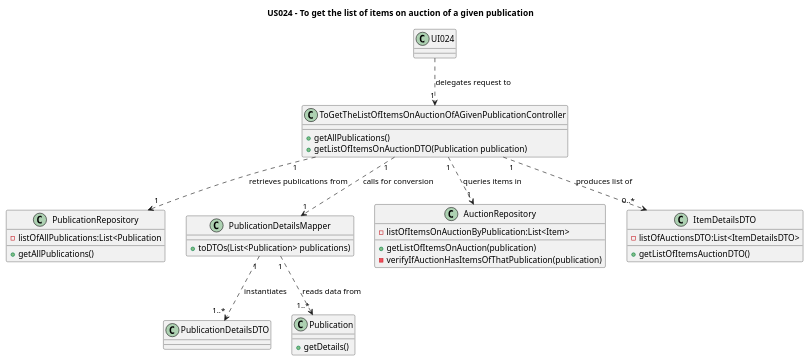
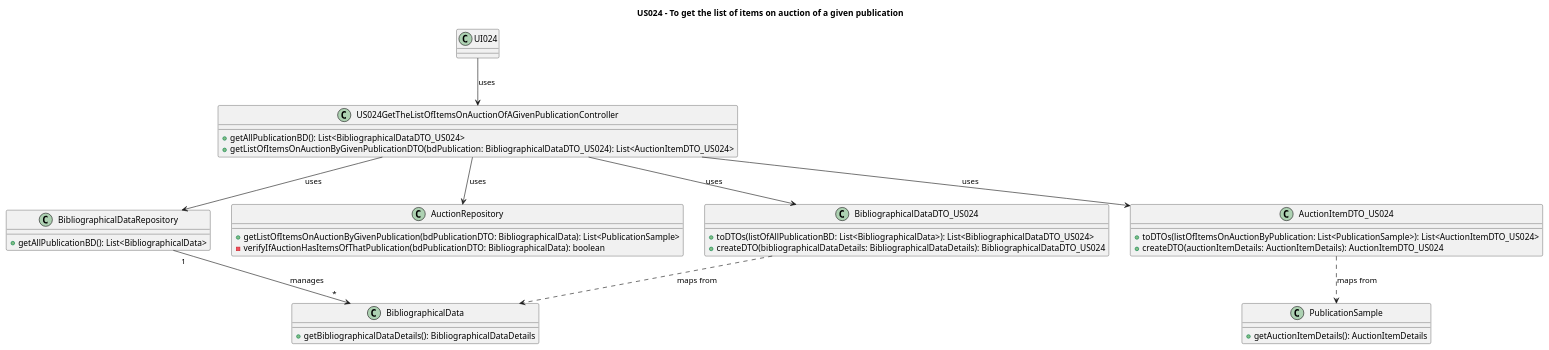
One commit to AndrePereiraGitH/SWitCH-Project-Team_A changed the diagram in Diagrams/ClassDiagrams/US024-to-get-the-list-of-items-on-auction-of-a-given-publication.puml. Above: the diagram before and after it, drawn with PlantUML. The commit also changed 1 other file, not shown here.

Commit message:
Working on #180: fix SD and CD inconsistencies (fix DTO loop references, missing toDTOs() argument and repository loop item) for US024

```diff
--- a/Diagrams/ClassDiagrams/US024-to-get-the-list-of-items-on-auction-of-a-given-publication.puml
+++ b/Diagrams/ClassDiagrams/US024-to-get-the-list-of-items-on-auction-of-a-given-publication.puml
@@ -1,57 +1,60 @@
 @startuml
+
 title US024 - To get the list of items on auction of a given publication
 
+' UI Layer
 class UI024 {
-
 }
 
-class ToGetTheListOfItemsOnAuctionOfAGivenPublicationController {
-  +getAllPublications()
-  +getListOfItemsOnAuctionDTO(Publication publication)
+' Controller
+class US024GetTheListOfItemsOnAuctionOfAGivenPublicationController {
+  +getAllPublicationBD(): List<BibliographicalDataDTO_US024>
+  +getListOfItemsOnAuctionByGivenPublicationDTO(bdPublication: BibliographicalDataDTO_US024): List<AuctionItemDTO_US024>
 }
 
-class PublicationRepository{
-    -listOfAllPublications:List<Publication
-    +getAllPublications()
-}
-
-class PublicationDetailsDTO {
-}
-
-class Publication {
-    +getDetails()
-}
-
-class PublicationDetailsMapper {
-  +toDTOs(List<Publication> publications)
+' Repositories
+class BibliographicalDataRepository {
+  +getAllPublicationBD(): List<BibliographicalData>
 }
 
 class AuctionRepository {
-  -listOfItemsOnAuctionByPublication:List<Item>
-  +getListOfItemsOnAuction(publication)
-  -verifyIfAuctionHasItemsOfThatPublication(publication)
+  +getListOfItemsOnAuctionByGivenPublication(bdPublicationDTO: BibliographicalData): List<PublicationSample>
+  -verifyIfAuctionHasItemsOfThatPublication(bdPublicationDTO: BibliographicalData): boolean
+}
+
+' Domain
+class BibliographicalData {
+  +getBibliographicalDataDetails(): BibliographicalDataDetails
+}
+
+class PublicationSample {
+  +getAuctionItemDetails(): AuctionItemDetails
 }
 
 
-
-class ItemDetailsDTO {
-- listOfAuctionsDTO:List<ItemDetailsDTO>
-+ getListOfItemsAuctionDTO()
+class BibliographicalDataDTO_US024 {
+  +toDTOs(listOfAllPublicationBD: List<BibliographicalData>): List<BibliographicalDataDTO_US024>
+  +createDTO(bibliographicalDataDetails: BibliographicalDataDetails): BibliographicalDataDTO_US024
 }
 
+class AuctionItemDTO_US024 {
+  +toDTOs(listOfItemsOnAuctionByPublication: List<PublicationSample>): List<AuctionItemDTO_US024>
+  +createDTO(auctionItemDetails: AuctionItemDetails): AuctionItemDTO_US024
+}
 
-' Interactions
+' Relationships
+UI024 --> US024GetTheListOfItemsOnAuctionOfAGivenPublicationController : uses
 
-UI024 ..> "1" ToGetTheListOfItemsOnAuctionOfAGivenPublicationController: delegates request to
-ToGetTheListOfItemsOnAuctionOfAGivenPublicationController "1" ..> "1" PublicationRepository : retrieves publications from
-ToGetTheListOfItemsOnAuctionOfAGivenPublicationController "1" ..> "1" PublicationDetailsMapper : calls for conversion
-PublicationDetailsMapper "1" ..> "1..*" Publication: reads data from
-PublicationDetailsMapper "1" ..> "1..*" PublicationDetailsDTO : instantiates
-ToGetTheListOfItemsOnAuctionOfAGivenPublicationController "1" ..> "1"AuctionRepository : queries items in
-ToGetTheListOfItemsOnAuctionOfAGivenPublicationController "1" ..> "0..*" ItemDetailsDTO : produces list of
+US024GetTheListOfItemsOnAuctionOfAGivenPublicationController --> BibliographicalDataRepository : uses
+US024GetTheListOfItemsOnAuctionOfAGivenPublicationController --> AuctionRepository : uses
+US024GetTheListOfItemsOnAuctionOfAGivenPublicationController --> BibliographicalDataDTO_US024 : uses
+US024GetTheListOfItemsOnAuctionOfAGivenPublicationController --> AuctionItemDTO_US024 : uses
+
+BibliographicalDataRepository "1" --> "*" BibliographicalData : manages
 
 
 
-
+BibliographicalDataDTO_US024 ..> BibliographicalData : maps from
+AuctionItemDTO_US024 ..> PublicationSample : maps from
 
 @enduml
```
